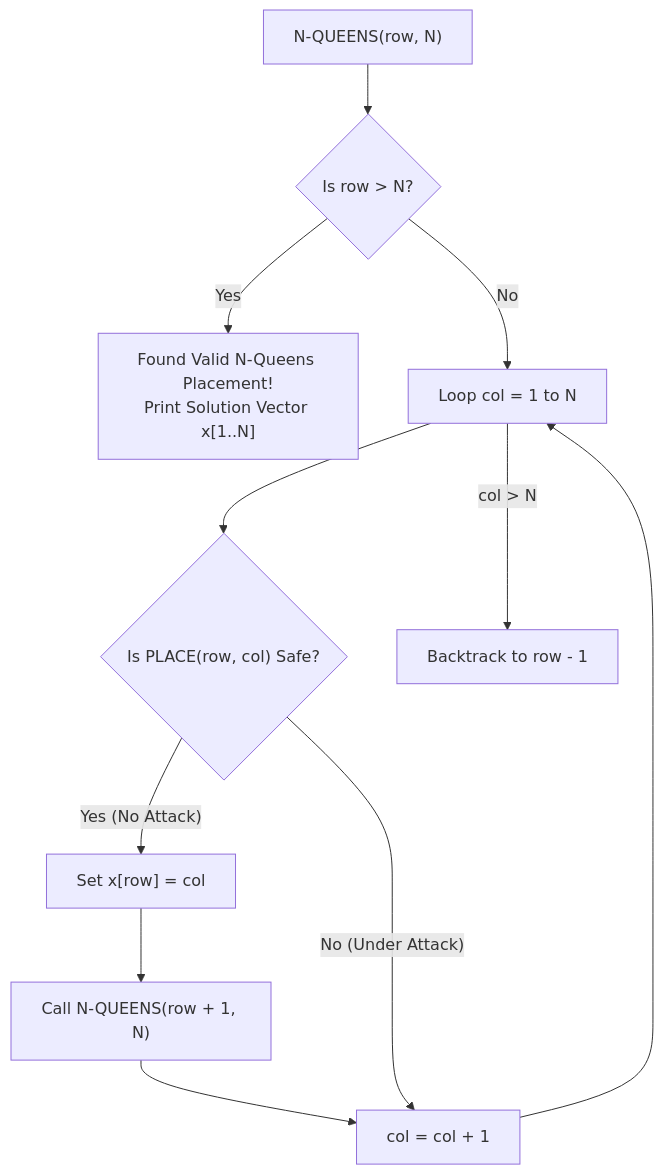
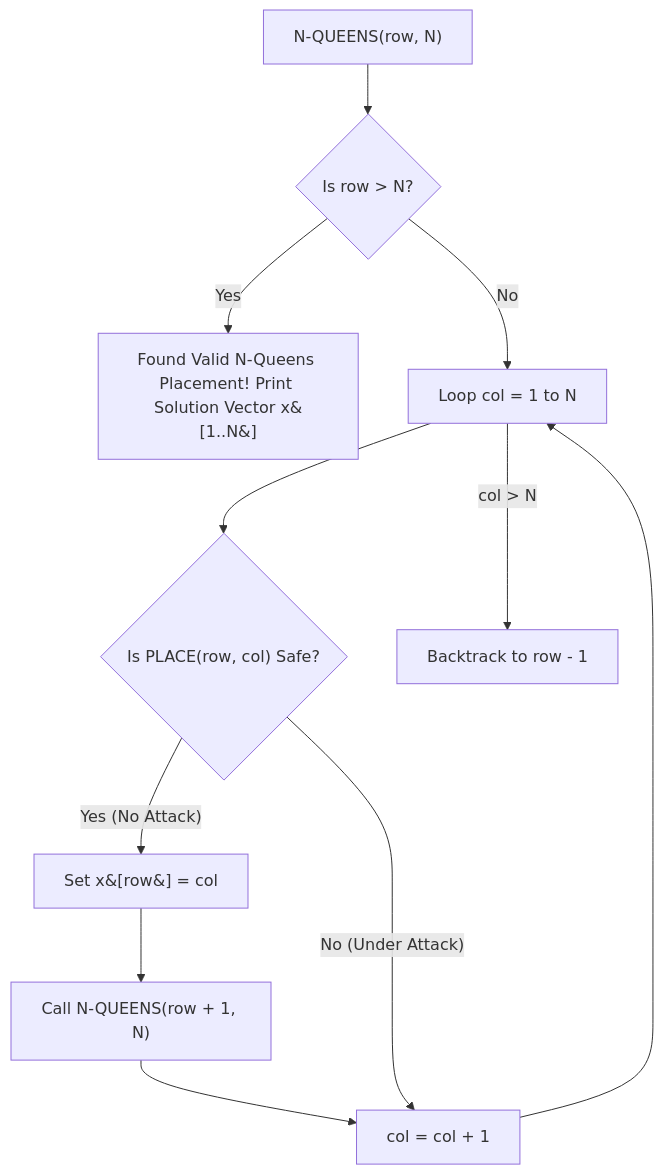
The third of 4 diagrams in notes/design_and_analysis_of_algorithms/Unit_07_Backtracking_and_Branch_Bound.md (DeepLumiere/DeepSkills), drawn with Mermaid before and after one commit. The commit also changed other lines of this file and 56 other files, not shown here.

````diff
--- a/notes/design_and_analysis_of_algorithms/Unit_07_Backtracking_and_Branch_Bound.md
+++ b/notes/design_and_analysis_of_algorithms/Unit_07_Backtracking_and_Branch_Bound.md
@@ -147,21 +147,21 @@
 ```mermaid
 
 flowchart TD
 
     Start["N-QUEENS(row, N)"] --> CheckRow{"Is row > N?"}
 
-    CheckRow -- Yes --> SolFound["Found Valid N-Queens Placement!<br>Print Solution Vector x[1..N]"]
+    CheckRow -- Yes --> SolFound["Found Valid N-Queens Placement! Print Solution Vector x&#91;1..N&#93;"]
 
     CheckRow -- No --> ColLoop["Loop col = 1 to N"]
 
     ColLoop --> CheckPlace{"Is PLACE(row, col) Safe?"}
 
-    CheckPlace -- "Yes (No Attack)" --> Place["Set x[row] = col"]
+    CheckPlace -- "Yes (No Attack)" --> Place["Set x&#91;row&#93; = col"]
 
     Place --> Recurse["Call N-QUEENS(row + 1, N)"] --> NextCol["col = col + 1"] --> ColLoop
 
     CheckPlace -- "No (Under Attack)" --> NextCol
 
     ColLoop -- "col > N" --> Backtrack["Backtrack to row - 1"]
 
 ```
````
